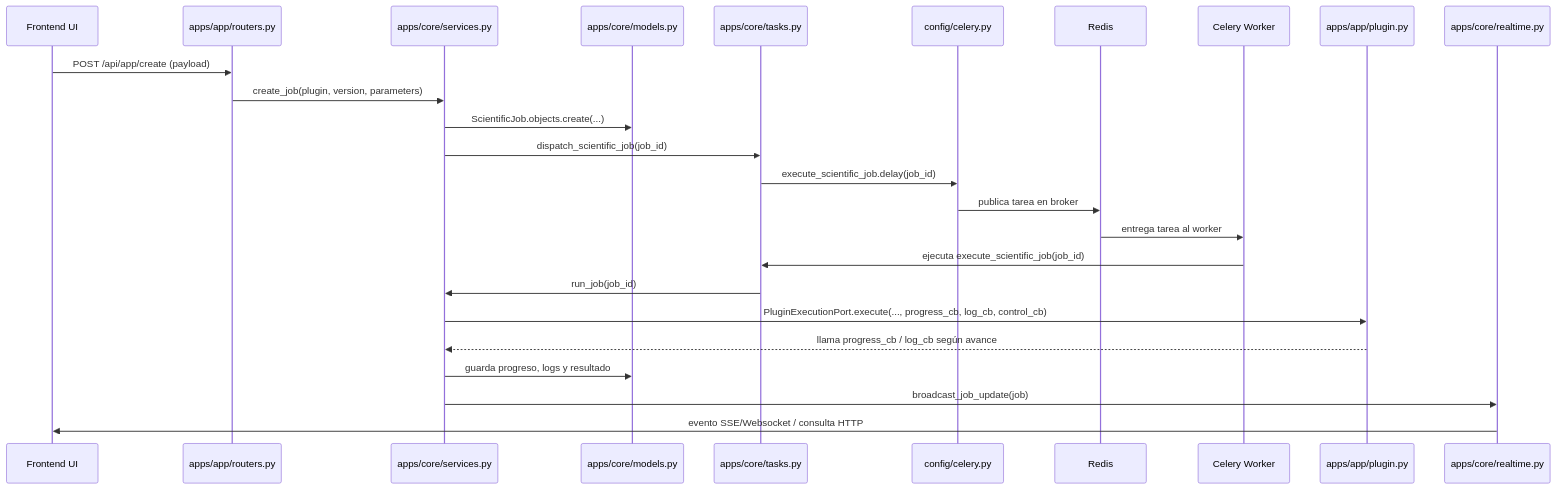
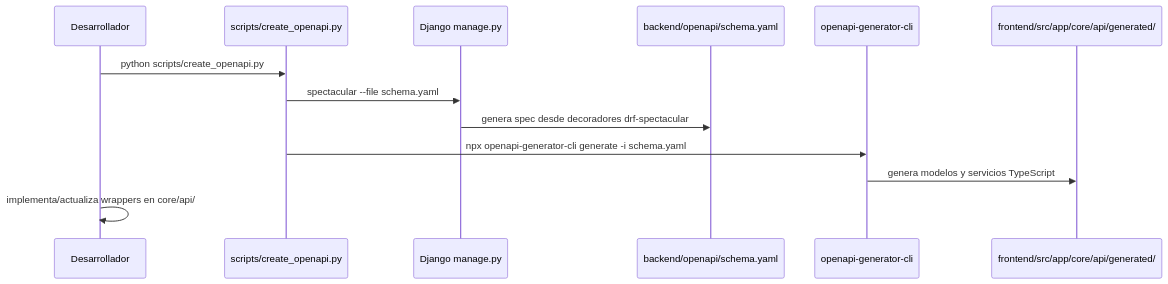
The fifth of 5 diagrams in README.md (chem-gl/chemistry-apps), drawn with Mermaid before and after one commit. The commit also changed other lines of this file and 3 other files, not shown here.

````diff
--- a/README.md
+++ b/README.md
@@ -277,28 +745,16 @@
 ```mermaid
 sequenceDiagram
-  participant Frontend as Frontend UI
-  participant Router as apps/app/routers.py
-  participant Service as apps/core/services.py
-  participant Model as apps/core/models.py
-  participant Tasks as apps/core/tasks.py
-  participant CeleryApp as config/celery.py
-  participant Redis as Redis
-  participant Worker as Celery Worker
-  participant Plugin as apps/app/plugin.py
-  participant Realtime as apps/core/realtime.py
+  participant DEV as Desarrollador
+  participant SCRIPT as scripts/create_openapi.py
+  participant DJANGO as Django manage.py
+  participant SPEC as backend/openapi/schema.yaml
+  participant GEN as openapi-generator-cli
+  participant CLIENT as frontend/src/app/core/api/generated/
 
-  Frontend->>Router: POST /api/app/create (payload)
-  Router->>Service: create_job(plugin, version, parameters)
-  Service->>Model: ScientificJob.objects.create(...)
-  Service->>Tasks: dispatch_scientific_job(job_id)
-  Tasks->>CeleryApp: execute_scientific_job.delay(job_id)
-  CeleryApp->>Redis: publica tarea en broker
-  Redis->>Worker: entrega tarea al worker
-  Worker->>Tasks: ejecuta execute_scientific_job(job_id)
-  Tasks->>Service: run_job(job_id)
-  Service->>Plugin: PluginExecutionPort.execute(..., progress_cb, log_cb, control_cb)
-  Plugin-->>Service: llama progress_cb / log_cb según avance
-  Service->>Model: guarda progreso, logs y resultado
-  Service->>Realtime: broadcast_job_update(job)
-  Realtime->>Frontend: evento SSE/Websocket / consulta HTTP
+  DEV->>SCRIPT: python scripts/create_openapi.py
+  SCRIPT->>DJANGO: spectacular --file schema.yaml
+  DJANGO->>SPEC: genera spec desde decoradores drf-spectacular
+  SCRIPT->>GEN: npx openapi-generator-cli generate -i schema.yaml
+  GEN->>CLIENT: genera modelos y servicios TypeScript
+  DEV->>DEV: implementa/actualiza wrappers en core/api/
 ```
````
